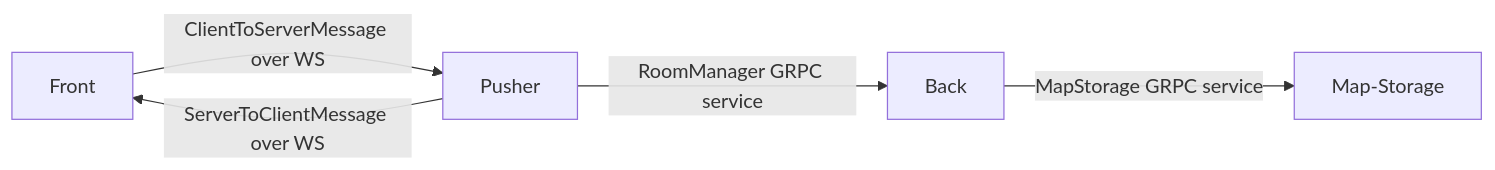
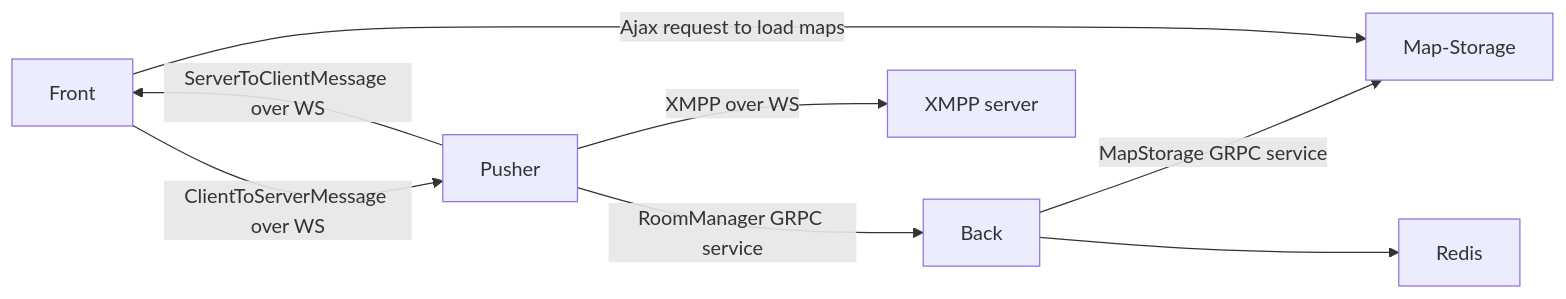
Before and after one commit to happydeveloper0305/workadventure: the diagram in docs/dev/communication-between-services.md, drawn with Mermaid. The commit also changed 8 other files, not shown here.

````diff
--- a/docs/dev/communication-between-services.md
+++ b/docs/dev/communication-between-services.md
@@ -6,7 +6,10 @@
 ```mermaid
 graph LR
     A[Front] -->|ClientToServerMessage over WS| B[Pusher]
     B -->|ServerToClientMessage over WS| A
     B -->|RoomManager GRPC service| C[Back]
     C -->|MapStorage GRPC service| D[Map-Storage]
+    B -->|XMPP over WS| E[XMPP server]
+    A -->|Ajax request to load maps| D
+    C --> F[Redis]
 ```
````
